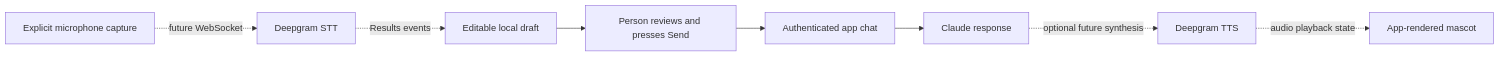
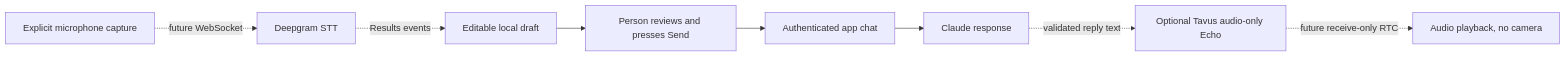
One commit to RaegenDyer/Dartmouth-Hackathon changed the diagram in docs/voice.md. Above: the diagram before and after it, drawn with Mermaid. The commit also changed other lines of this file and 16 other files, not shown here.

Commit message:
Prepare independent Tavus audio-only output alongside Deepgram

````diff
--- a/docs/voice.md
+++ b/docs/voice.md
@@ -42,10 +42,10 @@
 ```mermaid
 flowchart LR
   Mic[Explicit microphone capture] -. future WebSocket .-> STT[Deepgram STT]
   STT -. Results events .-> Draft[Editable local draft]
   Draft --> Review[Person reviews and presses Send]
   Review --> API[Authenticated app chat]
   API --> Claude[Claude response]
-  Claude -. optional future synthesis .-> TTS[Deepgram TTS]
-  TTS -. audio playback state .-> Mascot[App-rendered mascot]
+  Claude -. validated reply text .-> Tavus[Optional Tavus audio-only Echo]
+  Tavus -. future receive-only RTC .-> Playback[Audio playback, no camera]
 ```
````
